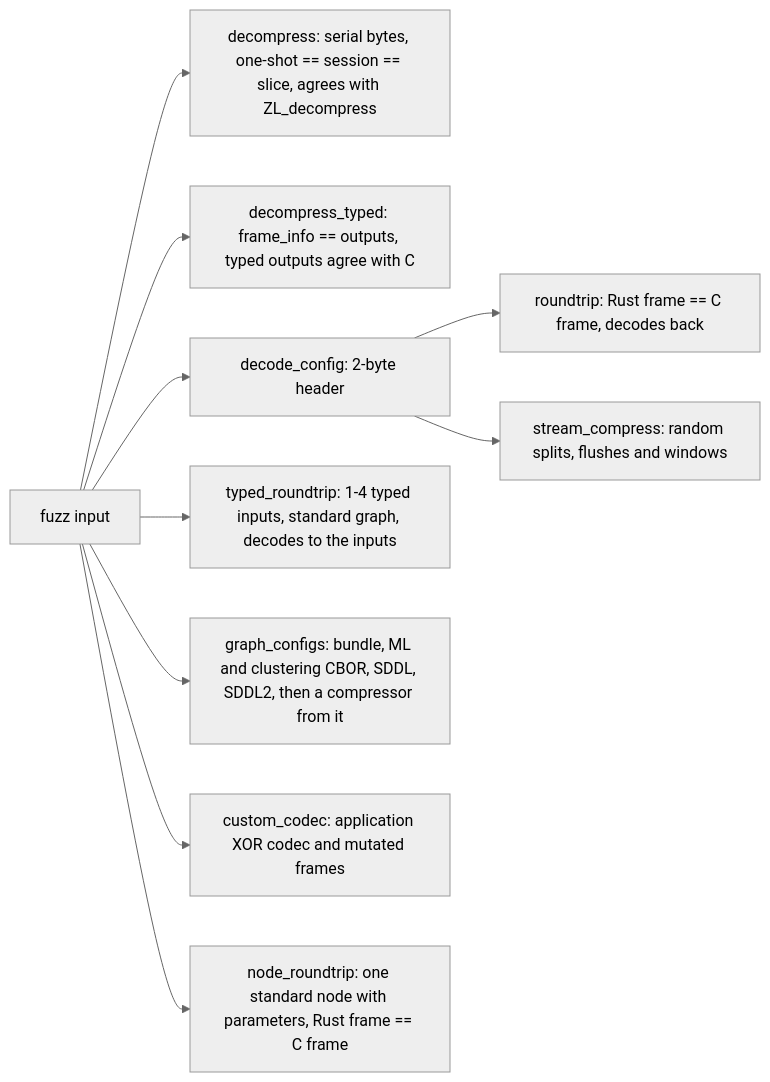
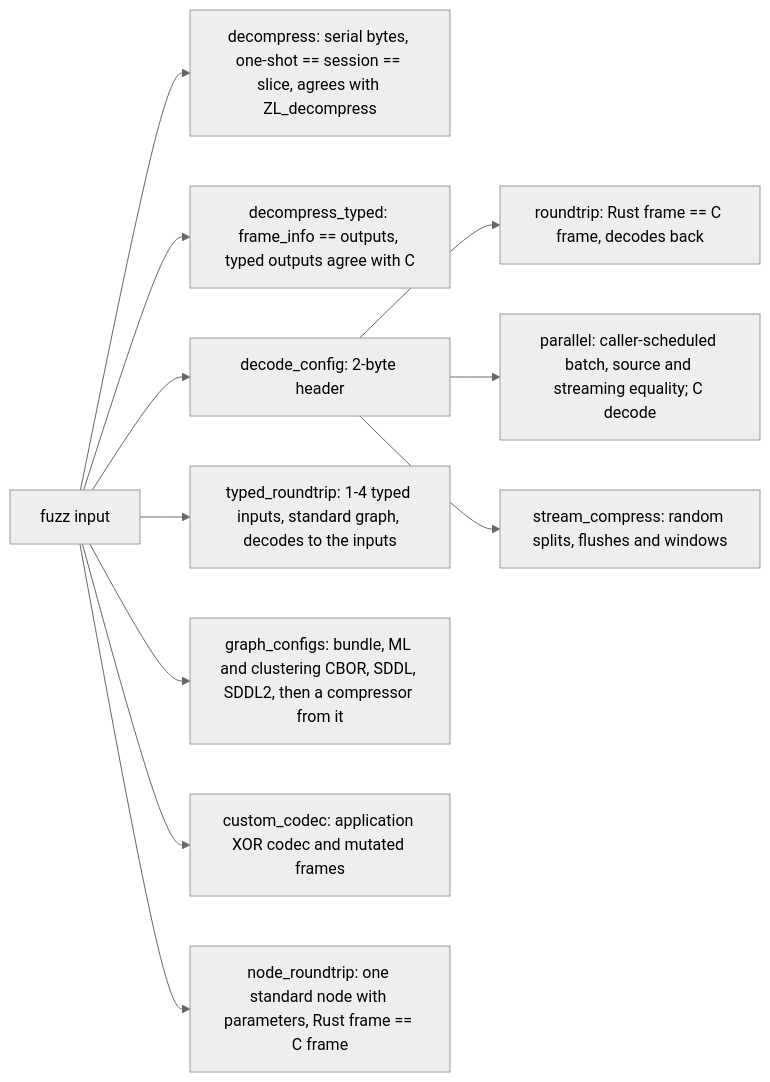
The first of 3 diagrams in architecture/fuzzing.md (M-Compressors/mopenzl), drawn with Mermaid (neutral theme) before and after one commit. The commit also changed other lines of this file and 60 other files, not shown here.

````diff
--- a/architecture/fuzzing.md
+++ b/architecture/fuzzing.md
@@ -10,12 +10,13 @@
 ```mermaid
 flowchart LR
     I[fuzz input] --> DC[decompress: serial bytes, one-shot == session == slice, agrees with ZL_decompress]
     I --> DT[decompress_typed: frame_info == outputs, typed outputs agree with C]
     I --> H[decode_config: 2-byte header]
     H --> RT[roundtrip: Rust frame == C frame, decodes back]
+    H --> PC[parallel: caller-scheduled batch, source and streaming equality; C decode]
     H --> SC[stream_compress: random splits, flushes and windows]
     I --> TR[typed_roundtrip: 1-4 typed inputs, standard graph, decodes to the inputs]
     I --> GC[graph_configs: bundle, ML and clustering CBOR, SDDL, SDDL2, then a compressor from it]
     I --> CC[custom_codec: application XOR codec and mutated frames]
     I --> NR[node_roundtrip: one standard node with parameters, Rust frame == C frame]
 ```
````
